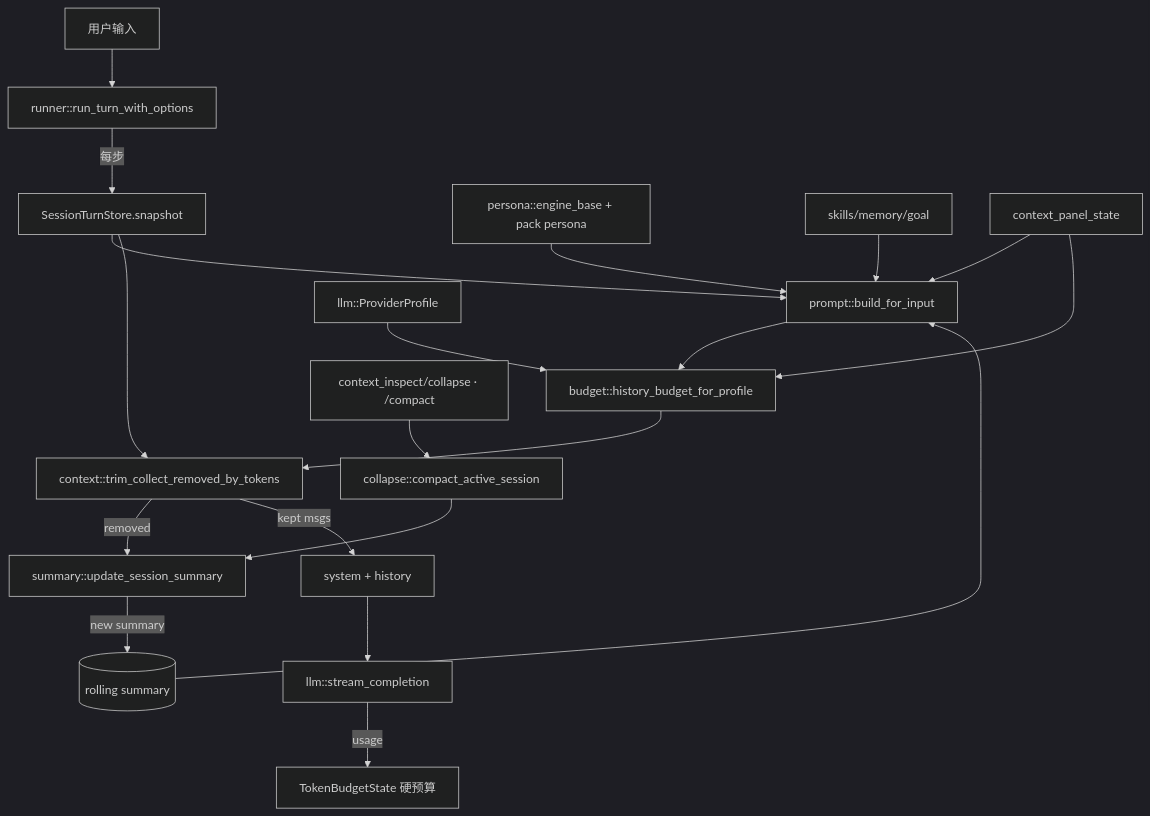
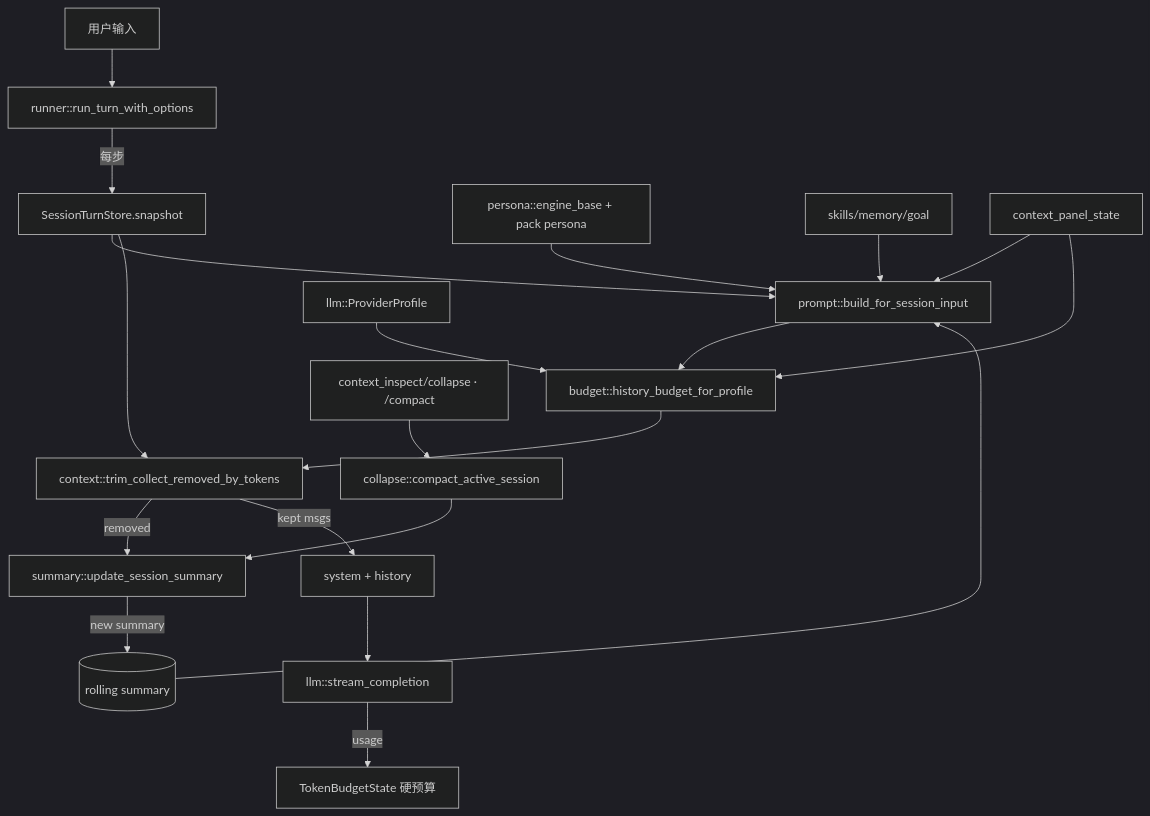
One commit to Dancncn/Demiurge changed the diagram in docs/modules/03-context-engineering.md. Above: the diagram before and after it, drawn with Mermaid (dark theme). The commit also changed other lines of this file and 22 other files, not shown here.

````diff
--- a/docs/modules/03-context-engineering.md
+++ b/docs/modules/03-context-engineering.md
@@ -353,23 +353,23 @@
 ```mermaid
 flowchart TD
     User[用户输入] --> Runner[runner::run_turn_with_options]
     Runner -->|每步| Snap[SessionTurnStore.snapshot]
-    Snap --> Prompt[prompt::build_for_input]
+    Snap --> Prompt[prompt::build_for_session_input]
     Persona[persona::engine_base + pack persona] --> Prompt
     Skills[skills/memory/goal] --> Prompt
     Summary[(rolling summary)] --> Prompt
     Prompt --> Budget[budget::history_budget_for_profile]
     Profile[llm::ProviderProfile] --> Budget
     Budget --> Trim[context::trim_collect_removed_by_tokens]
     Snap --> Trim
     Trim -->|removed| Sum[summary::update_session_summary]
     Sum -->|new summary| Summary
     Trim -->|kept msgs| Full[system + history]
     Full --> LLM[llm::stream_completion]
     LLM -->|usage| TBS[TokenBudgetState 硬预算]
 
     Inspect[context_inspect/collapse · /compact] --> Collapse[collapse::compact_active_session]
     Collapse --> Sum
     Panel[context_panel_state] --> Prompt
     Panel --> Budget
 ```
````
